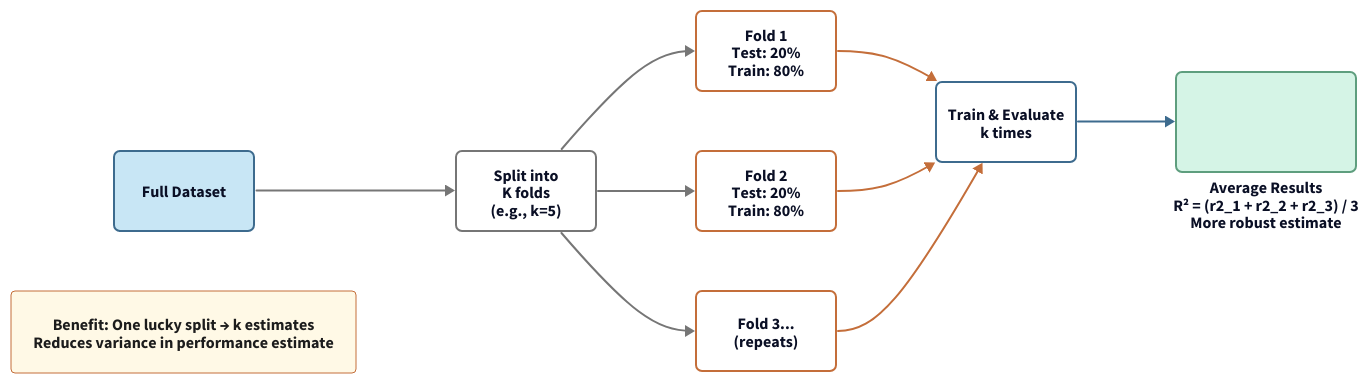
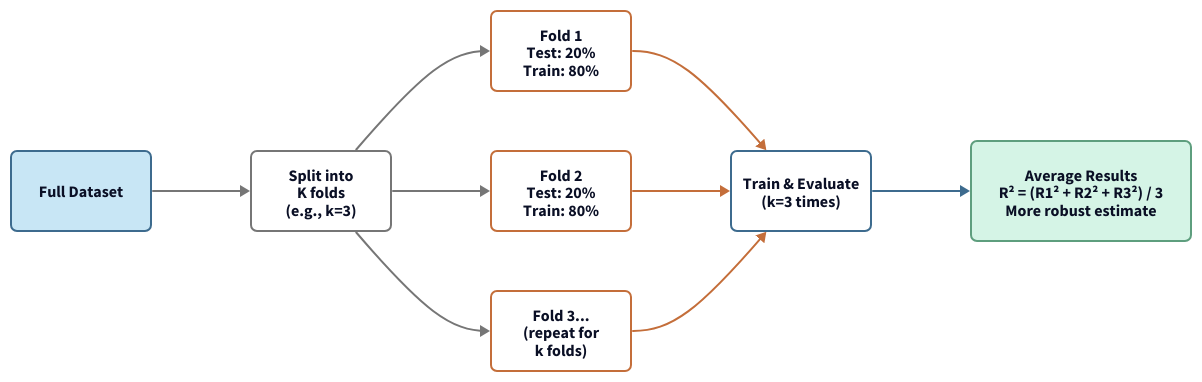
One commit to dannycab/MSU_REU_ML_course changed the diagram in slides/figures/d2/cross-validation-strategy.d2. Above: the diagram before and after it, drawn with D2. The commit also changed 39 other files, not shown here.

```diff
--- a/slides/figures/d2/cross-validation-strategy.d2
+++ b/slides/figures/d2/cross-validation-strategy.d2
@@ -1,88 +1,88 @@
 # K-Fold Cross-Validation: Multiple train/test splits
 
 direction: right
 
 # Data
 data: "Full Dataset" {
   style.fill: "#c8e6f5"
   style.stroke: "#3D6B8E"
   style.border-radius: 6
   style.stroke-width: 2
   width: 140
   height: 80
 }
 
 data -> split: {style.stroke: "#767676"; style.stroke-width: 2}
 
-split: "Split into\nK folds\n(e.g., k=5)" {
+split: "Split into\nK folds\n(e.g., k=3)" {
   style.fill: "transparent"
   style.stroke: "#767676"
   style.border-radius: 6
   style.stroke-width: 2
   width: 140
   height: 80
 }
 
 split -> fold1: {style.stroke: "#767676"}
 split -> fold2: {style.stroke: "#767676"}
 split -> fold3: {style.stroke: "#767676"}
 
 fold1: "Fold 1\nTest: 20%\nTrain: 80%" {
   style.fill: "transparent"
   style.stroke: "#C46E3A"
   style.border-radius: 6
   style.stroke-width: 2
   width: 140
   height: 80
 }
 
 fold2: "Fold 2\nTest: 20%\nTrain: 80%" {
   style.fill: "transparent"
   style.stroke: "#C46E3A"
   style.border-radius: 6
   style.stroke-width: 2
   width: 140
   height: 80
 }
 
-fold3: "Fold 3...\n(repeats)" {
+fold3: "Fold 3...\n(repeat for\nk folds)" {
   style.fill: "transparent"
   style.stroke: "#C46E3A"
   style.border-radius: 6
   style.stroke-width: 2
   width: 140
   height: 80
 }
 
 fold1 -> train: {style.stroke: "#C46E3A"}
 fold2 -> train: {style.stroke: "#C46E3A"}
 fold3 -> train: {style.stroke: "#C46E3A"}
 
-train: "Train & Evaluate\nk times" {
+train: "Train & Evaluate\n(k=3 times)" {
   style.fill: "transparent"
   style.stroke: "#3D6B8E"
   style.border-radius: 6
   style.stroke-width: 2
   width: 140
   height: 80
 }
 
 train -> average: {style.stroke: "#3D6B8E"; style.stroke-width: 2}
 
-average: "Average Results\nR² = (r2_1 + r2_2 + r2_3) / 3\nMore robust estimate" {
+average: "Average Results\nR² = (R1² + R2² + R3²) / 3\nMore robust estimate" {
   style.fill: "#d5f4e6"
   style.stroke: "#5E9E7E"
   style.border-radius: 6
   style.stroke-width: 2
-  width: 180
+  width: 220
   height: 100
 }
 
-# Benefit
-benefit: "Benefit: One lucky split → k estimates\nReduces variance in performance estimate" {
-  style.fill: "#fff9e6"
-  style.stroke: "#C46E3A"
-  style.font-color: "#1C1C1C"
-  style.border-radius: 4
-  style.stroke-width: 1
-}
+# # Benefit
+# benefit: "Benefit: One lucky split → k estimates\nReduces variance in performance estimate" {
+#   style.fill: "#fff9e6"
+#   style.stroke: "#C46E3A"
+#   style.font-color: "#1C1C1C"
+#   style.border-radius: 4
+#   style.stroke-width: 1
+# }
```
